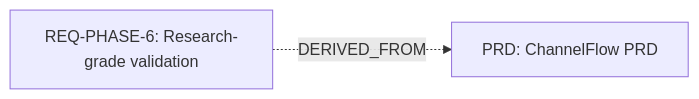
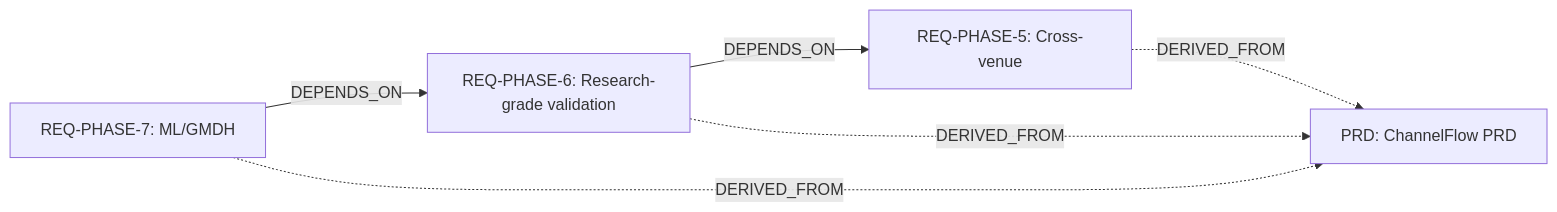
The eighth of 11 diagrams in vault/00-index/Traceability Dashboard.md (nikshev/market-forge), drawn with Mermaid before and after one commit. The commit also changed other lines of this file, not shown here.

````diff
--- a/vault/00-index/Traceability Dashboard.md
+++ b/vault/00-index/Traceability Dashboard.md
@@ -175,6 +214,12 @@
 ```mermaid
 graph LR
   PRD["PRD: ChannelFlow PRD"]
+  REQ_PHASE_5["REQ-PHASE-5: Cross-venue"]
   REQ_PHASE_6["REQ-PHASE-6: Research-grade validation"]
+  REQ_PHASE_7["REQ-PHASE-7: ML/GMDH"]
+  REQ_PHASE_6 -->|DEPENDS_ON| REQ_PHASE_5
+  REQ_PHASE_7 -->|DEPENDS_ON| REQ_PHASE_6
+  REQ_PHASE_5 -.->|DERIVED_FROM| PRD
   REQ_PHASE_6 -.->|DERIVED_FROM| PRD
+  REQ_PHASE_7 -.->|DERIVED_FROM| PRD
 ```
````
